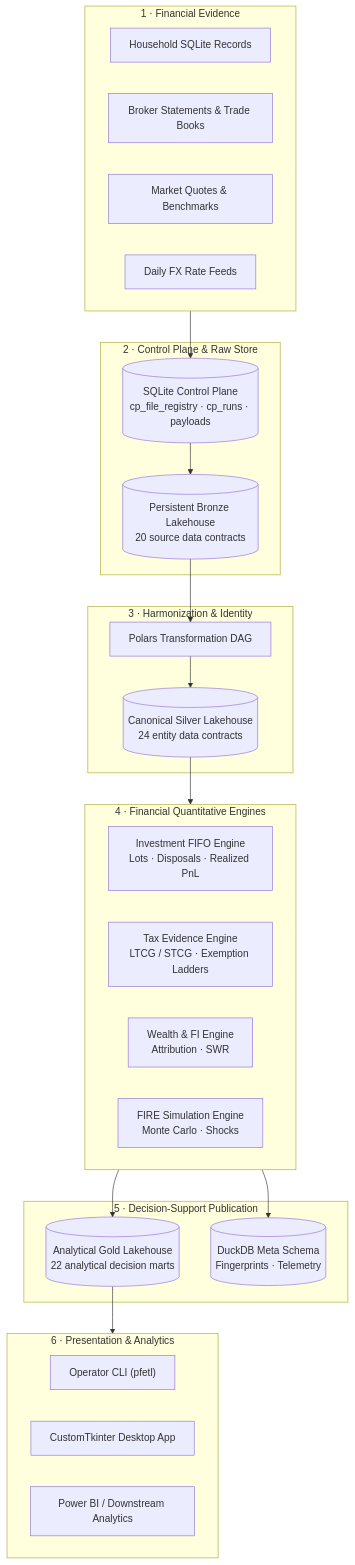
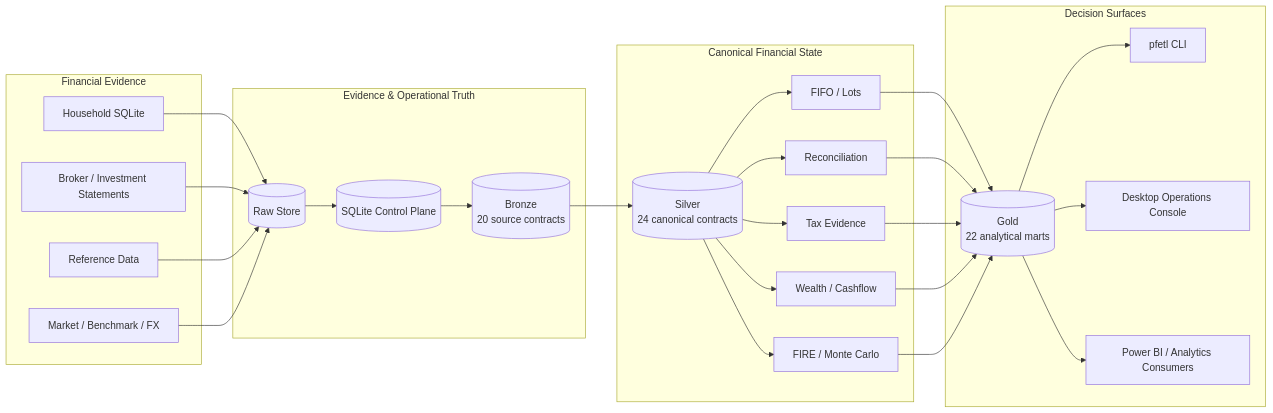
The first of 2 diagrams in README.md (tks18/personal-finance-etl), drawn with Mermaid before and after one commit. The commit also changed other lines of this file, not shown here.

````diff
--- a/README.md
+++ b/README.md
@@ -26,46 +47,56 @@
 ```mermaid
-flowchart TD
-    subgraph EVIDENCE["1 · Financial Evidence"]
-        HH["Household SQLite Records"]
-        BRK["Broker Statements & Trade Books"]
-        MKT["Market Quotes & Benchmarks"]
-        FX["Daily FX Rate Feeds"]
+flowchart LR
+    subgraph EVIDENCE["Financial Evidence"]
+        HH["Household SQLite"]
+        ST["Broker / Investment Statements"]
+        REF["Reference Data"]
+        MKT["Market / Benchmark / FX"]
     end
 
-    subgraph CONTROL["2 · Control Plane & Raw Store"]
-        CP[("SQLite Control Plane\ncp_file_registry · cp_runs · payloads")]
-        BRONZE[("Persistent Bronze Lakehouse\n20 source data contracts")]
+    subgraph TRUTH["Evidence & Operational Truth"]
+        RAW[("Raw Store")]
+        CP[("SQLite Control Plane")]
+        BRONZE[("Bronze\n20 source contracts")]
     end
 
-    subgraph CANON["3 · Harmonization & Identity"]
-        DAG["Polars Transformation DAG"]
-        SILVER[("Canonical Silver Lakehouse\n24 entity data contracts")]
+    subgraph STATE["Canonical Financial State"]
+        SILVER[("Silver\n24 canonical contracts")]
+        FIFO["FIFO / Lots"]
+        RECON["Reconciliation"]
+        TAX["Tax Evidence"]
+        WEALTH["Wealth / Cashflow"]
+        FIRE["FIRE / Monte Carlo"]
     end
 
-    subgraph DOMAIN["4 · Financial Quantitative Engines"]
-        FIFO["Investment FIFO Engine\nLots · Disposals · Realized PnL"]
-        TAX["Tax Evidence Engine\nLTCG / STCG · Exemption Ladders"]
-        WEALTH["Wealth & FI Engine\nAttribution · SWR"]
-        MC["FIRE Simulation Engine\nMonte Carlo · Shocks"]
+    subgraph DECISION["Decision Surfaces"]
+        GOLD[("Gold\n22 analytical marts")]
+        CLI["pfetl CLI"]
+        GUI["Desktop Operations Console"]
+        BI["Power BI / Analytics Consumers"]
     end
 
-    subgraph PUBLISH["5 · Decision-Support Publication"]
-        GOLD[("Analytical Gold Lakehouse\n22 analytical decision marts")]
-        META[("DuckDB Meta Schema\nFingerprints · Telemetry")]
-    end
+    HH --> RAW
+    ST --> RAW
+    REF --> RAW
+    MKT --> RAW
 
-    subgraph CONSUME["6 · Presentation & Analytics"]
-        CLI["Operator CLI (pfetl)"]
-        DESK["CustomTkinter Desktop App"]
-        BI["Power BI / Downstream Analytics"]
-    end
+    RAW --> CP
+    CP --> BRONZE
+    BRONZE --> SILVER
 
-    EVIDENCE --> CP
-    CP --> BRONZE
-    BRONZE --> DAG
-    DAG --> SILVER
-    SILVER --> DOMAIN
-    DOMAIN --> GOLD
-    DOMAIN --> META
-    GOLD --> CONSUME
+    SILVER --> FIFO
+    SILVER --> RECON
+    SILVER --> TAX
+    SILVER --> WEALTH
+    SILVER --> FIRE
+
+    FIFO --> GOLD
+    RECON --> GOLD
+    TAX --> GOLD
+    WEALTH --> GOLD
+    FIRE --> GOLD
+
+    GOLD --> CLI
+    GOLD --> GUI
+    GOLD --> BI
 ```
````
